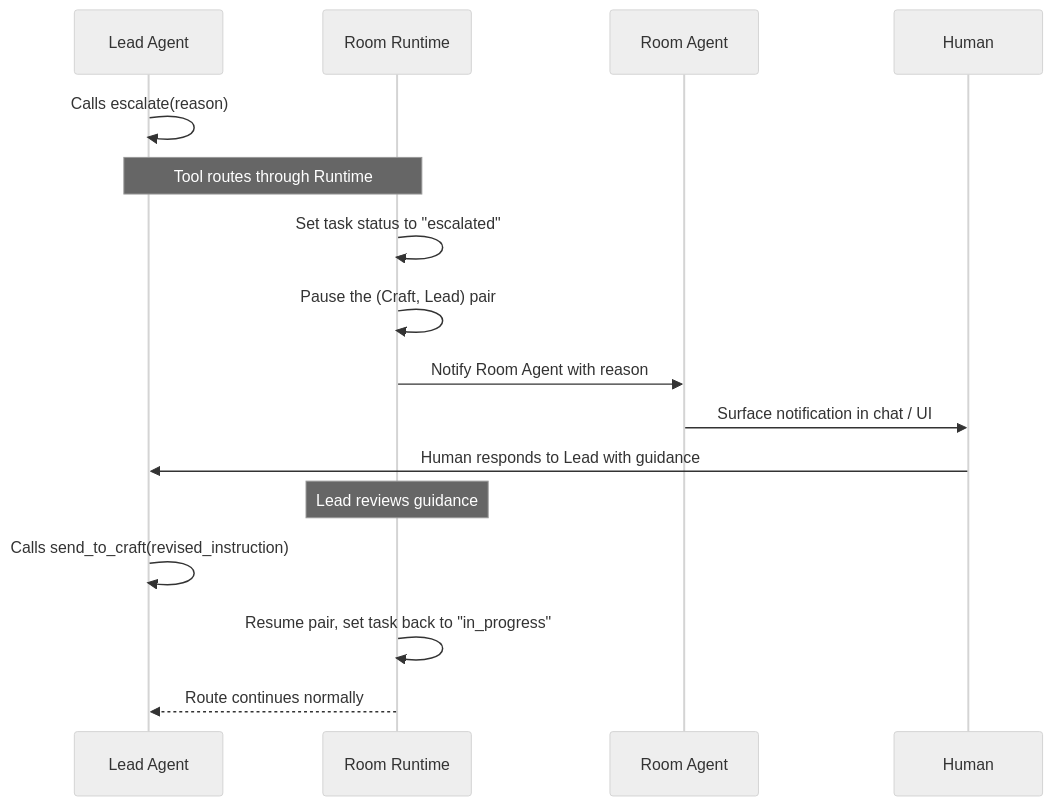
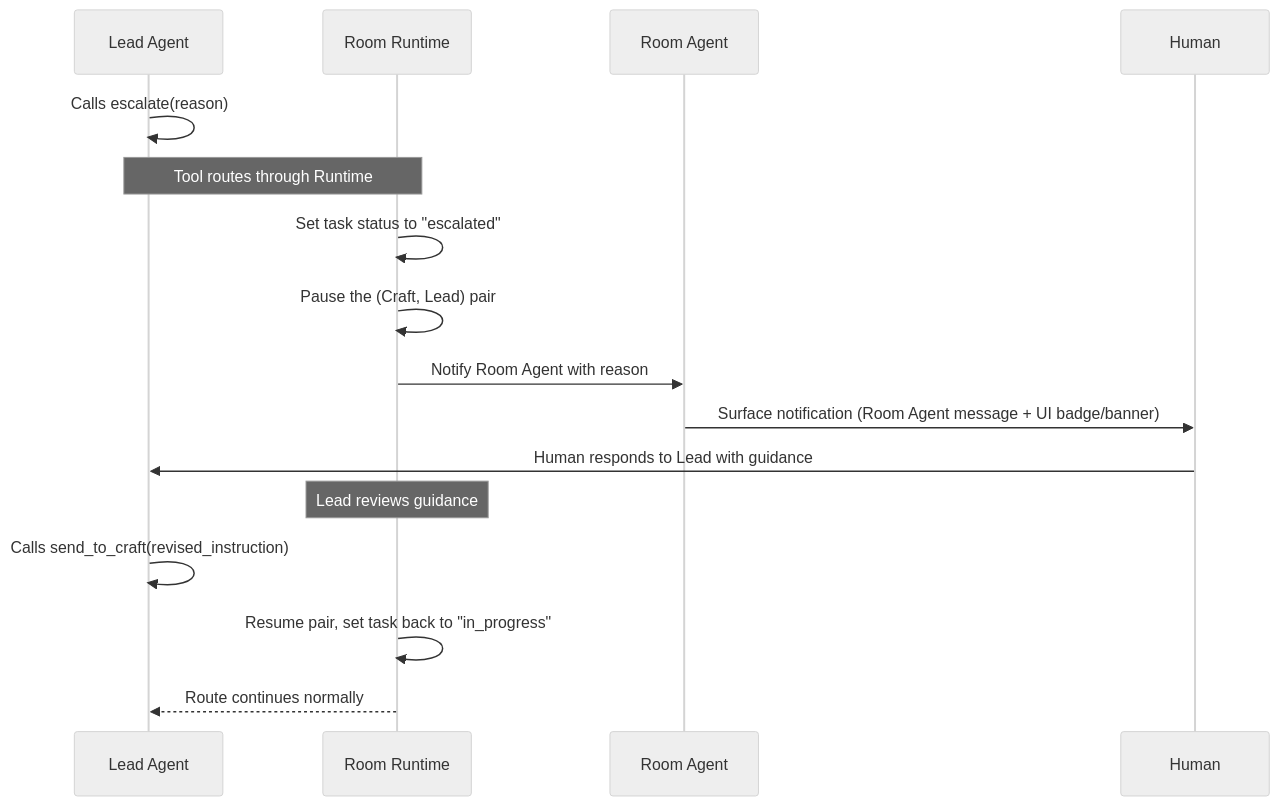
One commit to lsm/neokai changed the eighth of 8 diagrams in docs/design/room-runtime-spec.md. Above: the diagram before and after it, drawn with Mermaid (neutral theme). The commit also changed other lines of this file, not shown here.

First line of the commit message:
docs: update room runtime spec to v0.12 — address glm-5 review

````diff
--- a/docs/design/room-runtime-spec.md
+++ b/docs/design/room-runtime-spec.md
@@ -538,19 +539,19 @@
 ```mermaid
 sequenceDiagram
     participant L as Lead Agent
     participant RT as Room Runtime
     participant RA as Room Agent
     participant H as Human
 
     L->>L: Calls escalate(reason)
     Note over L,RT: Tool routes through Runtime
     RT->>RT: Set task status to "escalated"
     RT->>RT: Pause the (Craft, Lead) pair
     RT->>RA: Notify Room Agent with reason
-    RA->>H: Surface notification in chat / UI
+    RA->>H: Surface notification (Room Agent message + UI badge/banner)
     H->>L: Human responds to Lead with guidance
     Note over RT: Lead reviews guidance
     L->>L: Calls send_to_craft(revised_instruction)
     RT->>RT: Resume pair, set task back to "in_progress"
     RT-->>L: Route continues normally
 ```
````
